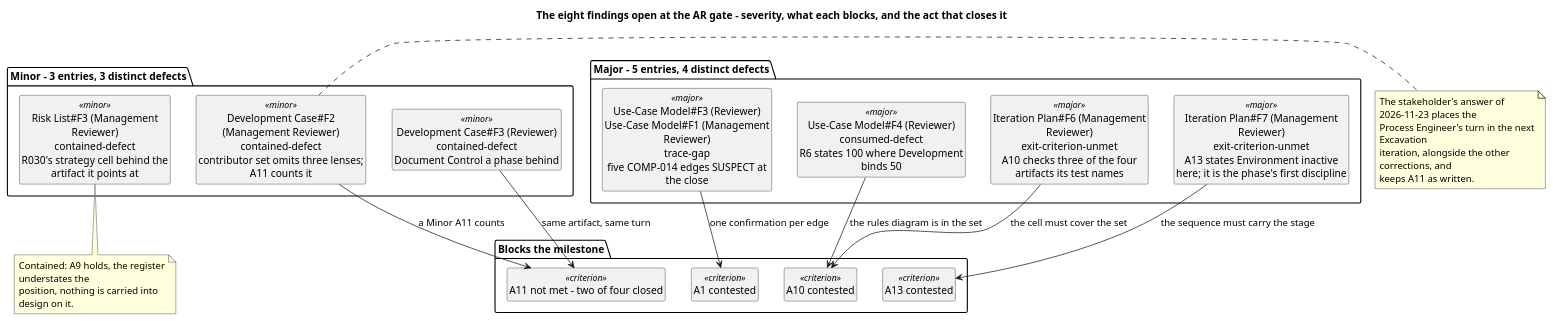
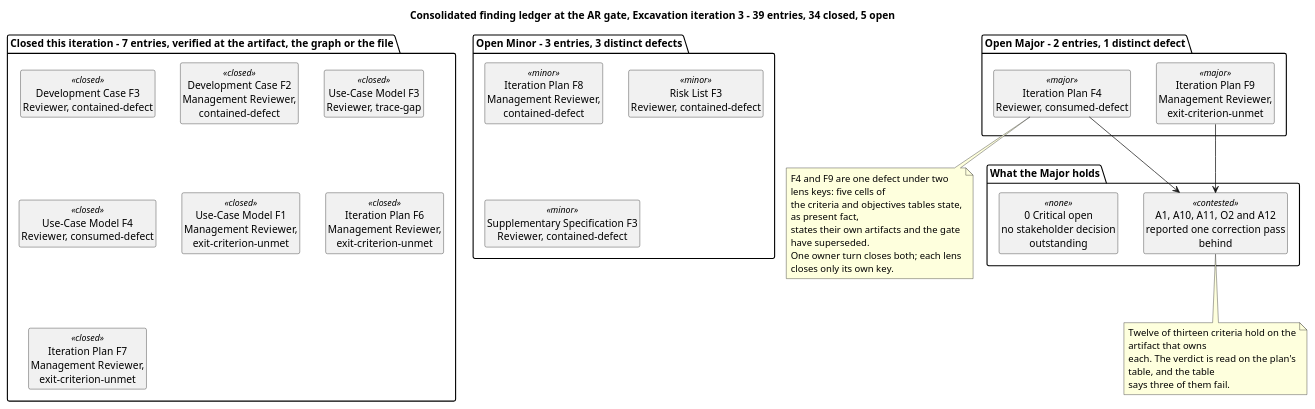
The sixth of 11 diagrams in docs/artifacts/project-management/review-record.md (banense-test/TodoApp), drawn with PlantUML before and after one commit. The commit also changed other lines of this file, not shown here.

Commit message:
Review Coordinator [Excavation3]: upsert Review Record
[skip ci]

````diff
--- a/docs/artifacts/project-management/review-record.md
+++ b/docs/artifacts/project-management/review-record.md
@@ -592,50 +575,52 @@
 ```plantuml
 @startuml
-title The eight findings open at the AR gate - severity, what each blocks, and the act that closes it
+title Consolidated finding ledger at the AR gate, Excavation iteration 3 - 39 entries, 34 closed, 5 open
 
 skinparam shadowing false
-skinparam classAttributeIconSize 0
 skinparam wrapWidth 235
 hide circle
 hide empty members
 
-package "Major - 5 entries, 4 distinct defects" {
-  class "Use-Case Model#F3 (Reviewer)\nUse-Case Model#F1 (Management Reviewer)\ntrace-gap\nfive COMP-014 edges SUSPECT at the close" as M1 <<major>>
-  class "Use-Case Model#F4 (Reviewer)\nconsumed-defect\nR6 states 100 where Development binds 50" as M2 <<major>>
-  class "Iteration Plan#F6 (Management Reviewer)\nexit-criterion-unmet\nA10 checks three of the four artifacts its test names" as M3 <<major>>
-  class "Iteration Plan#F7 (Management Reviewer)\nexit-criterion-unmet\nA13 states Environment inactive here; it is the phase's first discipline" as M4 <<major>>
+package "Closed this iteration - 7 entries, verified at the artifact, the graph or the file" {
+  class "Development Case F3\nReviewer, contained-defect" as C1 <<closed>>
+  class "Development Case F2\nManagement Reviewer, contained-defect" as C2 <<closed>>
+  class "Use-Case Model F3\nReviewer, trace-gap" as C3 <<closed>>
+  class "Use-Case Model F4\nReviewer, consumed-defect" as C4 <<closed>>
+  class "Use-Case Model F1\nManagement Reviewer, exit-criterion-unmet" as C5 <<closed>>
+  class "Iteration Plan F6\nManagement Reviewer, exit-criterion-unmet" as C6 <<closed>>
+  class "Iteration Plan F7\nManagement Reviewer, exit-criterion-unmet" as C7 <<closed>>
 }
 
-package "Minor - 3 entries, 3 distinct defects" {
-  class "Development Case#F2 (Management Reviewer)\ncontained-defect\ncontributor set omits three lenses; A11 counts it" as m1 <<minor>>
-  class "Development Case#F3 (Reviewer)\ncontained-defect\nDocument Control a phase behind" as m2 <<minor>>
-  class "Risk List#F3 (Management Reviewer)\ncontained-defect\nR030's strategy cell behind the artifact it points at" as m3 <<minor>>
+package "Open Major - 2 entries, 1 distinct defect" {
+  class "Iteration Plan F4\nReviewer, consumed-defect" as M1 <<major>>
+  class "Iteration Plan F9\nManagement Reviewer, exit-criterion-unmet" as M2 <<major>>
 }
 
-package "Blocks the milestone" {
-  class "A1 contested" as A1 <<criterion>>
-  class "A10 contested" as A10 <<criterion>>
-  class "A13 contested" as A13 <<criterion>>
-  class "A11 not met - two of four closed" as A11 <<criterion>>
+package "Open Minor - 3 entries, 3 distinct defects" {
+  class "Iteration Plan F8\nManagement Reviewer, contained-defect" as m1 <<minor>>
+  class "Risk List F3\nReviewer, contained-defect" as m2 <<minor>>
+  class "Supplementary Specification F3\nReviewer, contained-defect" as m3 <<minor>>
 }
 
-M1 --> A1 : one confirmation per edge
-M2 --> A10 : the rules diagram is in the set
-M3 --> A10 : the cell must cover the set
-M4 --> A13 : the sequence must carry the stage
-m1 --> A11 : a Minor A11 counts
-m2 --> A11 : same artifact, same turn
+package "What the Major holds" {
+  class "A1, A10, A11, O2 and A12\nreported one correction pass behind" as CRIT <<contested>>
+  class "0 Critical open\nno stakeholder decision outstanding" as NC <<none>>
+}
 
-note right of m1
-  The stakeholder's answer of 2026-11-23 places the
-  Process Engineer's turn in the next Excavation
-  iteration, alongside the other corrections, and
-  keeps A11 as written.
+M1 --> CRIT
+M2 --> CRIT
+
+note bottom of M1
+  F4 and F9 are one defect under two lens keys: five cells of
+  the criteria and objectives tables state, as present fact,
+  states their own artifacts and the gate have superseded.
+  One owner turn closes both; each lens closes only its own key.
 end note
-note bottom of m3
-  Contained: A9 holds, the register understates the
-  position, nothing is carried into design on it.
+note bottom of CRIT
+  Twelve of thirteen criteria hold on the artifact that owns
+  each. The verdict is read on the plan's table, and the table
+  says three of them fail.
 end note
 
 @enduml
 ```
````
